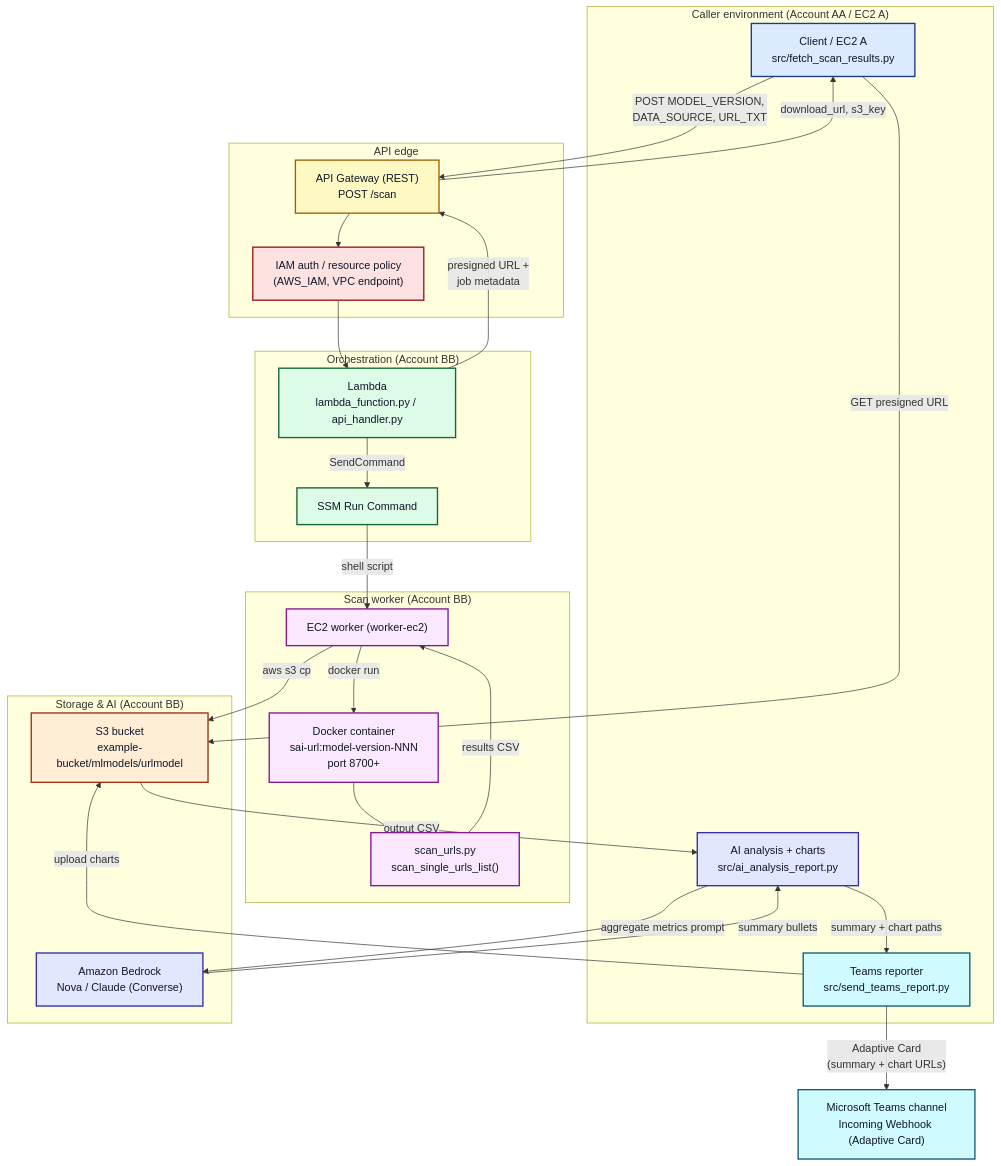
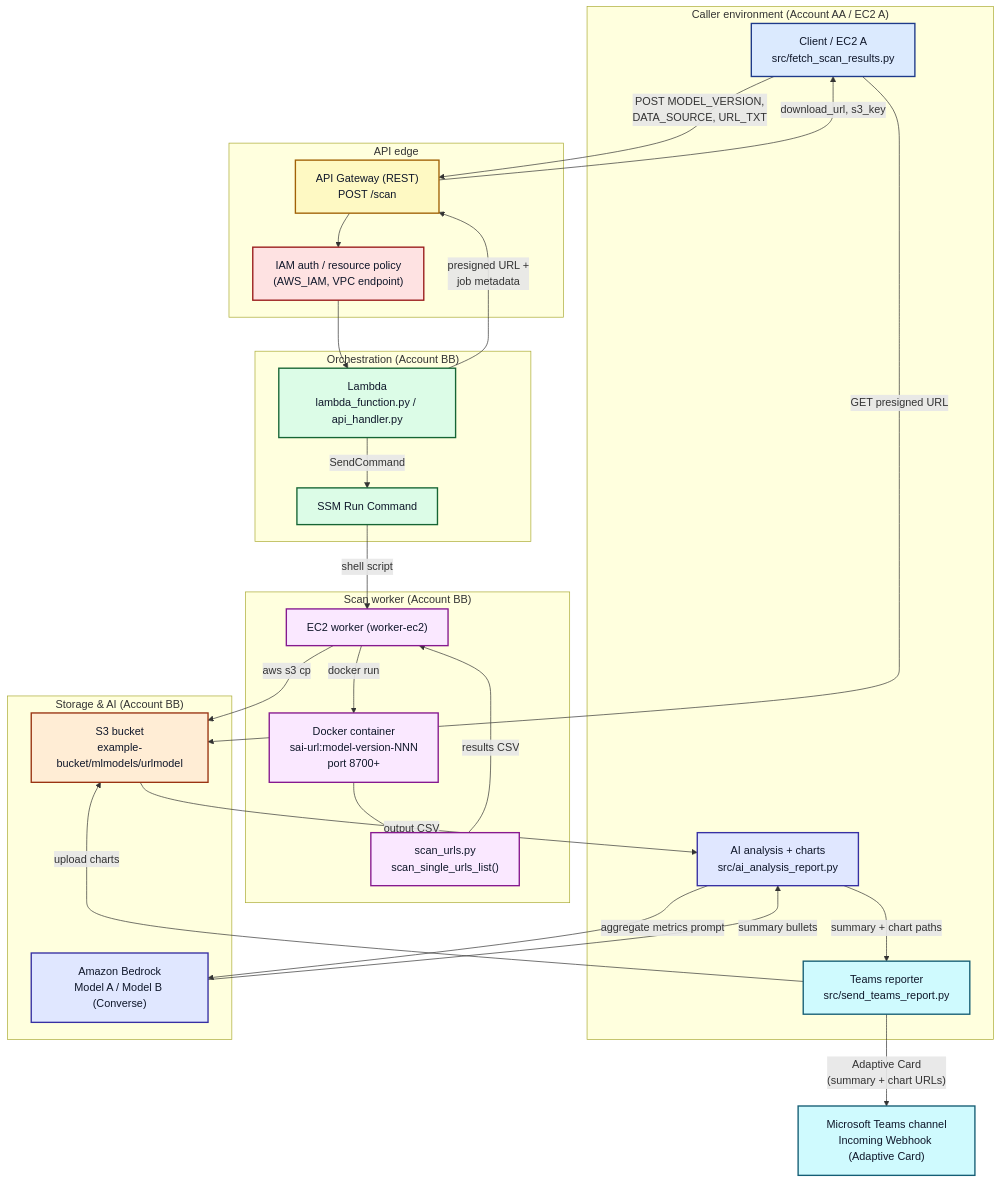
The diagram in docs/architecture-diagram.md (juanchencs/ai-urlmodel-scanning-orchestrator), drawn with Mermaid before and after one commit. The commit also changed other lines of this file and 6 other files, not shown here.

````diff
--- a/docs/architecture-diagram.md
+++ b/docs/architecture-diagram.md
@@ -8,60 +8,60 @@
 ```mermaid
 flowchart TB
     classDef client fill:#dbeafe,stroke:#1e3a8a,stroke-width:2px,color:#0f172a;
     classDef api fill:#fef9c3,stroke:#a16207,stroke-width:2px,color:#0f172a;
     classDef compute fill:#dcfce7,stroke:#166534,stroke-width:2px,color:#0f172a;
     classDef worker fill:#fae8ff,stroke:#86198f,stroke-width:2px,color:#0f172a;
     classDef storage fill:#ffedd5,stroke:#9a3412,stroke-width:2px,color:#0f172a;
     classDef ai fill:#e0e7ff,stroke:#3730a3,stroke-width:2px,color:#0f172a;
     classDef report fill:#cffafe,stroke:#155e75,stroke-width:2px,color:#0f172a;
     classDef security fill:#fee2e2,stroke:#991b1b,stroke-width:2px,color:#0f172a;
 
     subgraph CALLER["Caller environment (Account AA / EC2 A)"]
         A1["Client / EC2 A<br/>src/fetch_scan_results.py"]:::client
         A2["AI analysis + charts<br/>src/ai_analysis_report.py"]:::ai
         A3["Teams reporter<br/>src/send_teams_report.py"]:::report
     end
 
     subgraph EDGE["API edge"]
         G1["API Gateway (REST)<br/>POST /scan"]:::api
         SEC["IAM auth / resource policy<br/>(AWS_IAM, VPC endpoint)"]:::security
     end
 
     subgraph ORCH["Orchestration (Account BB)"]
         L1["Lambda<br/>lambda_function.py / api_handler.py"]:::compute
         SSM["SSM Run Command"]:::compute
     end
 
     subgraph WORK["Scan worker (Account BB)"]
         W1["EC2 worker (worker-ec2)"]:::worker
         W2["Docker container<br/>sai-url:model-version-NNN<br/>port 8700+"]:::worker
         W3["scan_urls.py<br/>scan_single_urls_list()"]:::worker
     end
 
     subgraph DATA["Storage & AI (Account BB)"]
         S3["S3 bucket<br/>example-bucket/mlmodels/urlmodel"]:::storage
-        BR["Amazon Bedrock<br/>Nova / Claude (Converse)"]:::ai
+        BR["Amazon Bedrock<br/>Model A / Model B (Converse)"]:::ai
     end
 
     TEAMS["Microsoft Teams channel<br/>Incoming Webhook (Adaptive Card)"]:::report
 
     A1 -->|"POST MODEL_VERSION,<br/>DATA_SOURCE, URL_TXT"| G1
     G1 --> SEC
     SEC --> L1
     L1 -->|"SendCommand"| SSM
     SSM -->|"shell script"| W1
     W1 -->|"docker run"| W2
     W2 --> W3
     W3 -->|"results CSV"| W1
     W1 -->|"aws s3 cp"| S3
     L1 -->|"presigned URL +<br/>job metadata"| G1
     G1 -->|"download_url, s3_key"| A1
 
     A1 -->|"GET presigned URL"| S3
     S3 -->|"output CSV"| A2
     A2 -->|"aggregate metrics prompt"| BR
     BR -->|"summary bullets"| A2
     A2 -->|"summary + chart paths"| A3
     A3 -->|"upload charts"| S3
     A3 -->|"Adaptive Card<br/>(summary + chart URLs)"| TEAMS
 ```
````
